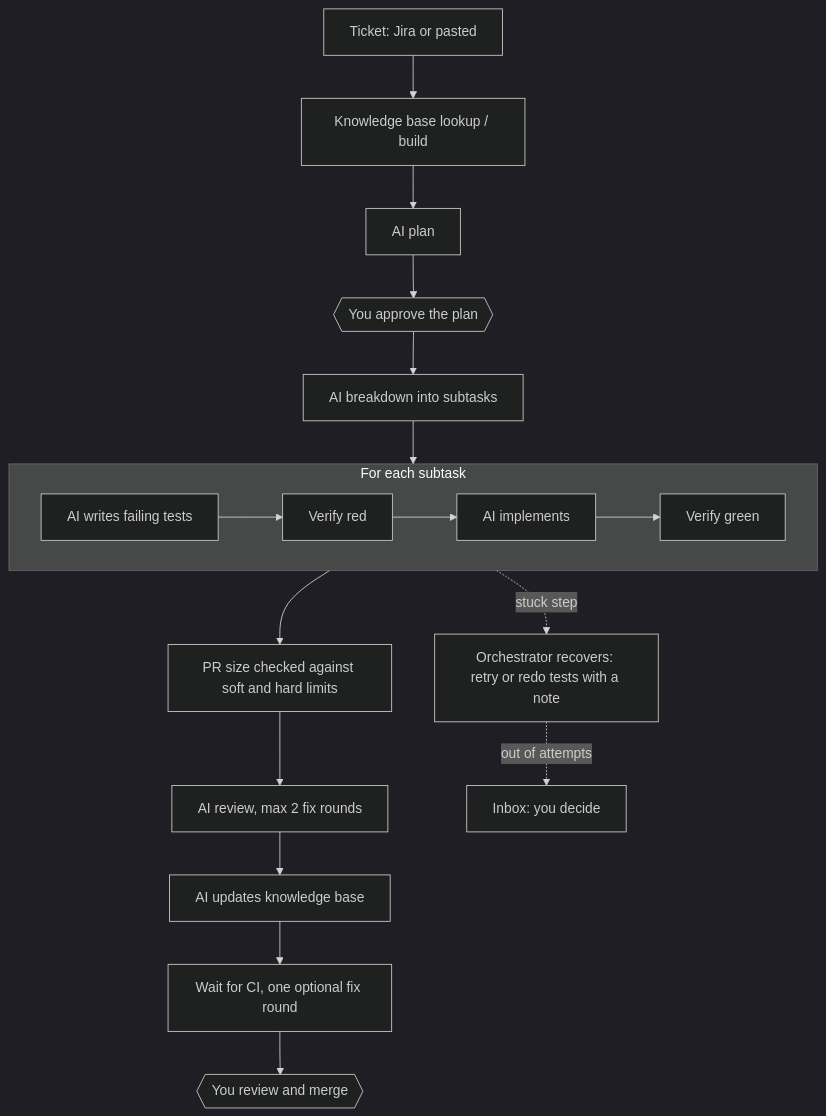
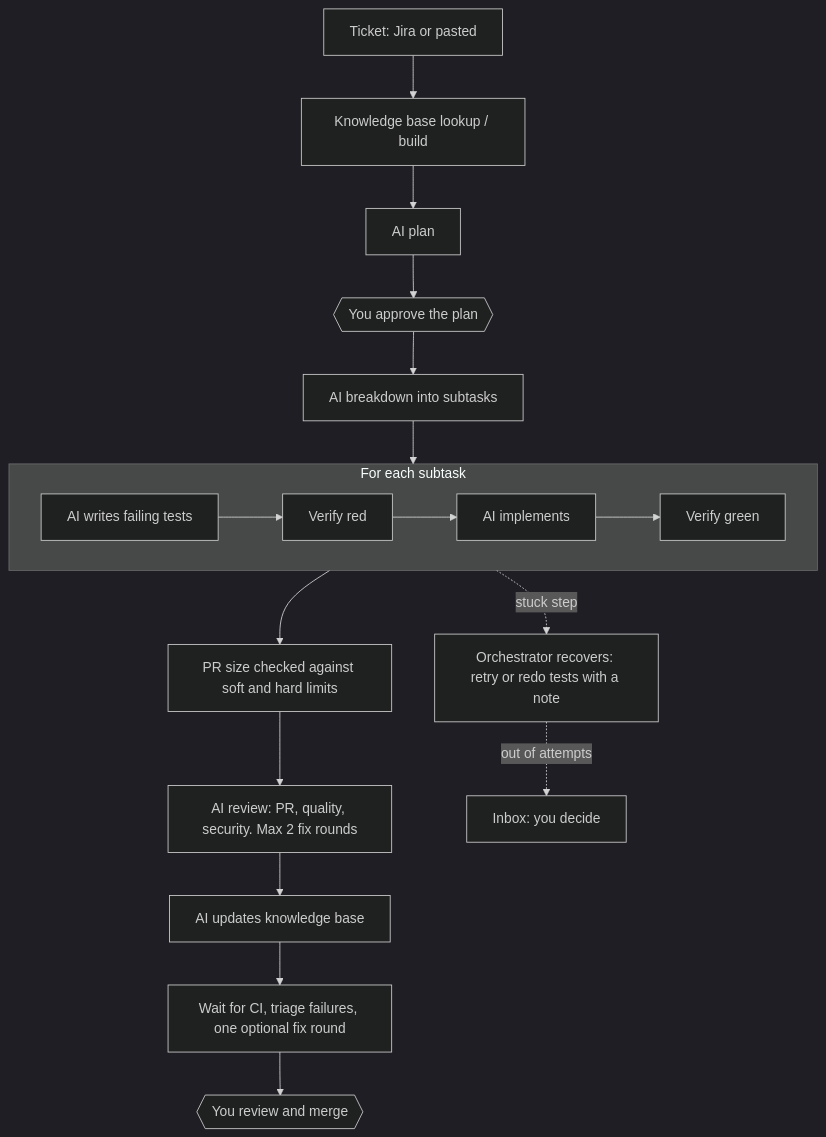
One commit to pjx16/sdlc-agent changed the diagram in README.md. Above: the diagram before and after it, drawn with Mermaid (dark theme). The commit also changed other lines of this file and 3 other files, not shown here.

````diff
--- a/README.md
+++ b/README.md
@@ -47,21 +47,21 @@
 ```mermaid
 flowchart TD
   T[Ticket: Jira or pasted] --> KB[Knowledge base lookup / build]
   KB --> P[AI plan]
   P --> G1{{You approve the plan}}
   G1 --> B[AI breakdown into subtasks]
   B --> L
 
   subgraph L[For each subtask]
     direction LR
     TS[AI writes failing tests] --> VR[Verify red] --> IM[AI implements] --> VG[Verify green]
   end
 
   L --> SZ[PR size checked against soft and hard limits]
-  SZ --> R[AI review, max 2 fix rounds]
+  SZ --> R[AI review: PR, quality, security. Max 2 fix rounds]
   R --> KU[AI updates knowledge base]
-  KU --> CI[Wait for CI, one optional fix round]
+  KU --> CI[Wait for CI, triage failures, one optional fix round]
   CI --> H{{You review and merge}}
   L -. stuck step .-> REC[Orchestrator recovers: retry or redo tests with a note]
   REC -. out of attempts .-> INB[Inbox: you decide]
 ```
````
